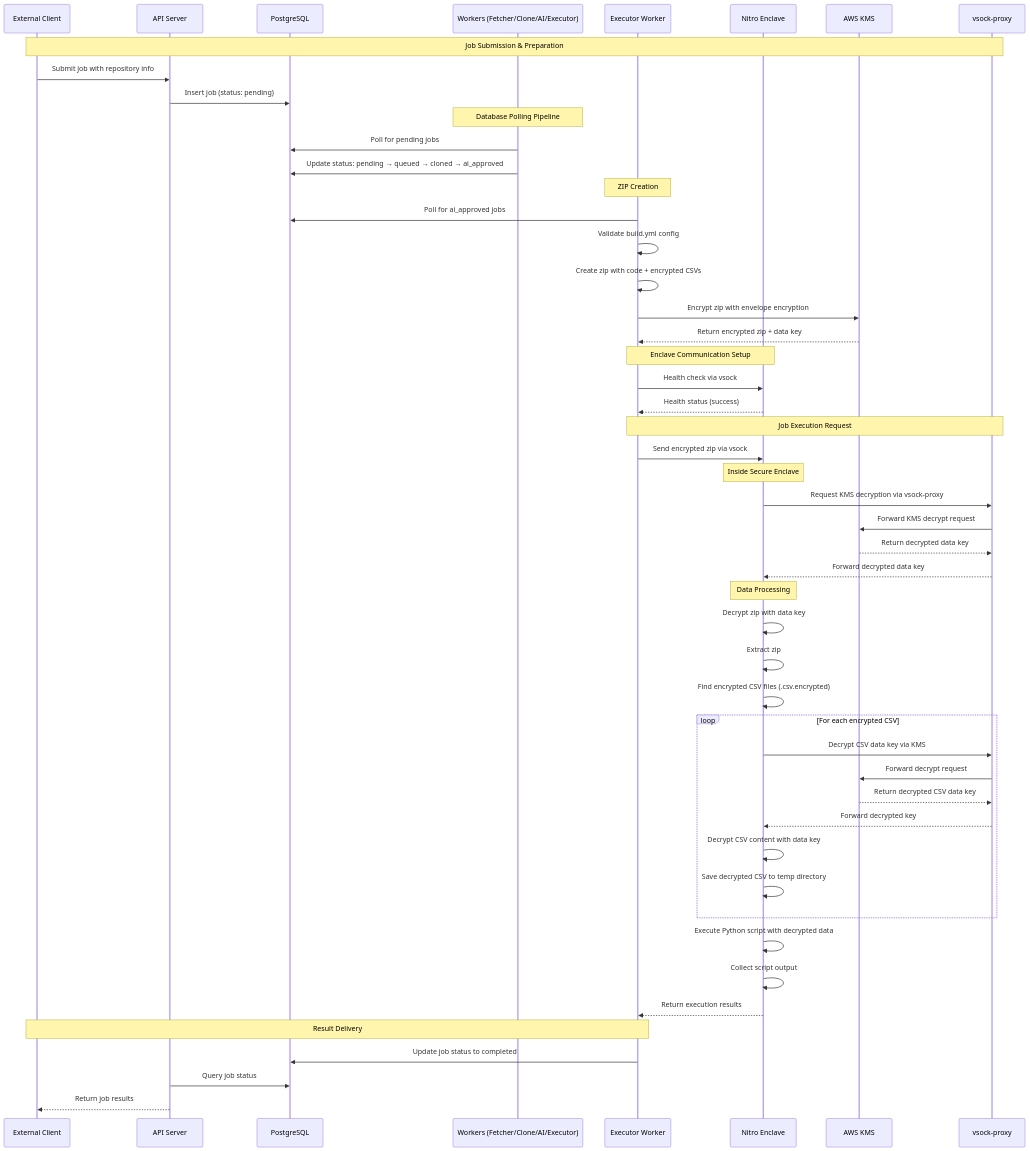
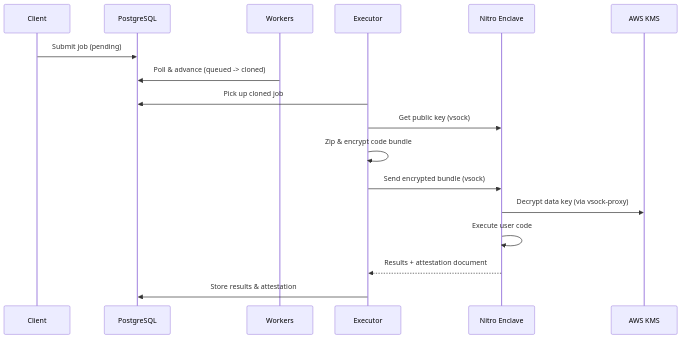
The diagram in README.md (Epsilon-Data/coordinator), drawn with Mermaid before and after one commit. The commit also changed other lines of this file and 12 other files, not shown here.

````diff
--- a/README.md
+++ b/README.md
@@ -22,61 +166,20 @@
 ```mermaid
 sequenceDiagram
-    participant Client as External Client
-    participant API as API Server
+    participant Client
     participant DB as PostgreSQL
-    participant Workers as Workers (Fetcher/Clone/AI/Executor)
-    participant Executor as Executor Worker
+    participant Workers as Workers
+    participant Executor
     participant Enclave as Nitro Enclave
     participant KMS as AWS KMS
-    participant VSOCK as vsock-proxy
 
-    Note over Client, VSOCK: Job Submission & Preparation
-    Client->>API: Submit job with repository info
-    API->>DB: Insert job (status: pending)
-
-    Note over Workers: Database Polling Pipeline
-    Workers->>DB: Poll for pending jobs
-    Workers->>DB: Update status: pending → queued → cloned → ai_approved
-
-    Note over Executor: ZIP Creation
-    Executor->>DB: Poll for ai_approved jobs
-    Executor->>Executor: Validate build.yml config
-    Executor->>Executor: Create zip with code + encrypted CSVs
-    Executor->>KMS: Encrypt zip with envelope encryption
-    KMS-->>Executor: Return encrypted zip + data key
-
-    Note over Executor, Enclave: Enclave Communication Setup
-    Executor->>Enclave: Health check via vsock
-    Enclave-->>Executor: Health status (success)
-
-    Note over Executor, VSOCK: Job Execution Request
-    Executor->>Enclave: Send encrypted zip via vsock
-    Note over Enclave: Inside Secure Enclave
-    Enclave->>VSOCK: Request KMS decryption via vsock-proxy
-    VSOCK->>KMS: Forward KMS decrypt request
-    KMS-->>VSOCK: Return decrypted data key
-    VSOCK-->>Enclave: Forward decrypted data key
-
-    Note over Enclave: Data Processing
-    Enclave->>Enclave: Decrypt zip with data key
-    Enclave->>Enclave: Extract zip
-    Enclave->>Enclave: Find encrypted CSV files (.csv.encrypted)
-
-    loop For each encrypted CSV
-        Enclave->>VSOCK: Decrypt CSV data key via KMS
-        VSOCK->>KMS: Forward decrypt request
-        KMS-->>VSOCK: Return decrypted CSV data key
-        VSOCK-->>Enclave: Forward decrypted key
-        Enclave->>Enclave: Decrypt CSV content with data key
-        Enclave->>Enclave: Save decrypted CSV to temp directory
-    end
-
-    Enclave->>Enclave: Execute Python script with decrypted data
-    Enclave->>Enclave: Collect script output
-    Enclave-->>Executor: Return execution results
-
-    Note over Executor, Client: Result Delivery
-    Executor->>DB: Update job status to completed
-    API->>DB: Query job status
-    API-->>Client: Return job results
+    Client->>DB: Submit job (pending)
+    Workers->>DB: Poll & advance (queued -> cloned)
+    Executor->>DB: Pick up cloned job
+    Executor->>Enclave: Get public key (vsock)
+    Executor->>Executor: Zip & encrypt code bundle
+    Executor->>Enclave: Send encrypted bundle (vsock)
+    Enclave->>KMS: Decrypt data key (via vsock-proxy)
+    Enclave->>Enclave: Execute user code
+    Enclave-->>Executor: Results + attestation document
+    Executor->>DB: Store results & attestation
 ```
````
